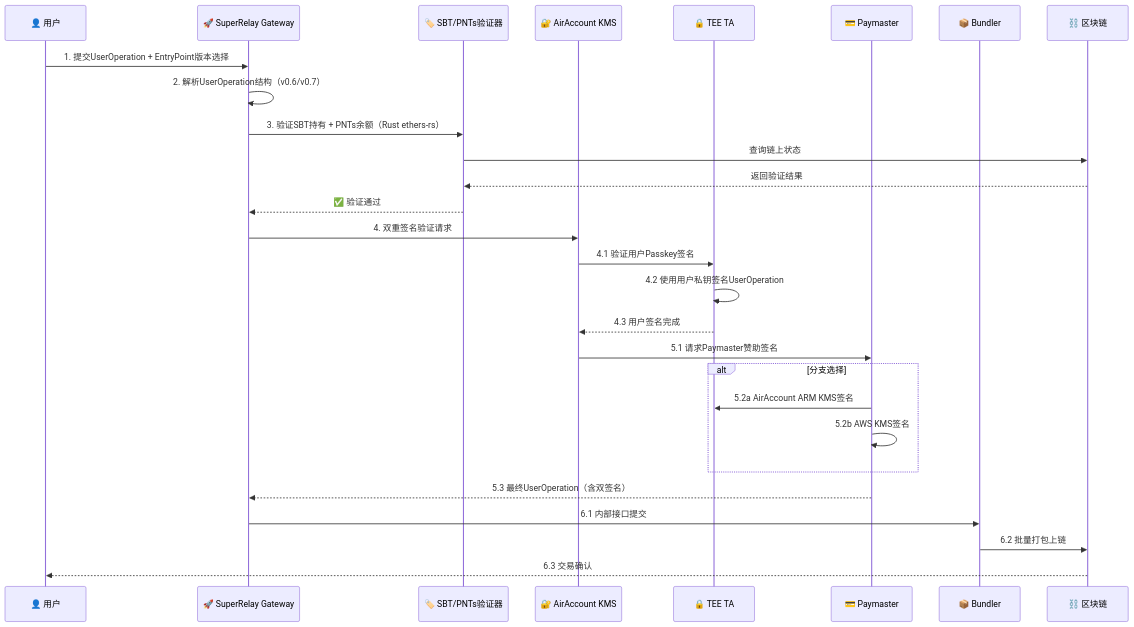
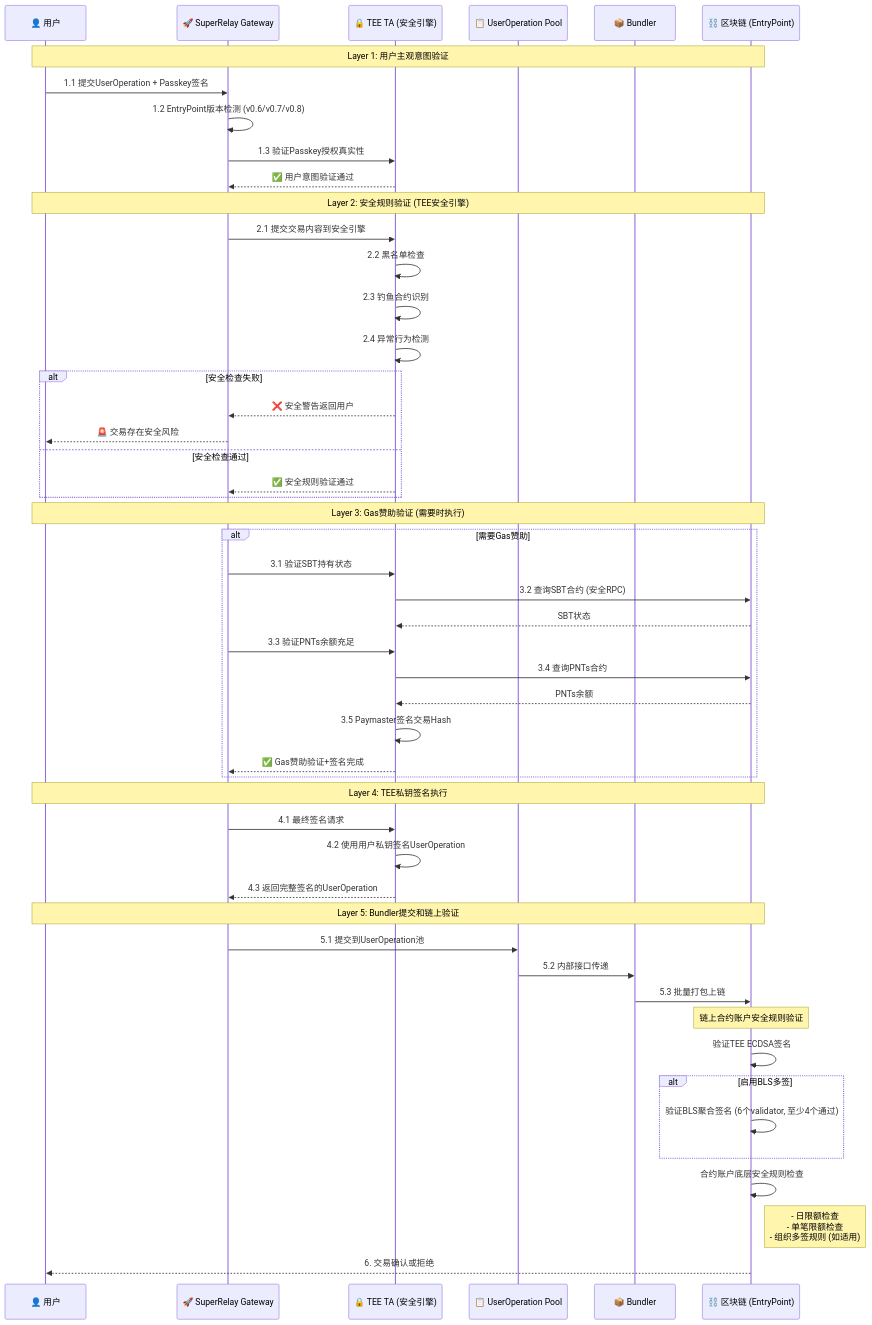
Before and after one commit to AAStarCommunity/SuperRelay: the first of 2 diagrams in docs/flow.md, drawn with Mermaid. The commit also changed other lines of this file and 25 other files, not shown here.

First line of the commit message:
feat: implement TEE Security Engine with multi-layer verification architecture

````diff
--- a/docs/flow.md
+++ b/docs/flow.md
@@ -41,35 +97,58 @@
 ```mermaid
 sequenceDiagram
     participant User as 👤 用户
-    participant SuperRelay as 🚀 SuperRelay Gateway
-    participant SBTChecker as 🏷️ SBT/PNTs验证器
-    participant AirKMS as 🔐 AirAccount KMS
-    participant TEE as 🔒 TEE TA
-    participant Paymaster as 💳 Paymaster
+    participant Gateway as 🚀 SuperRelay Gateway
+    participant TEE as 🔒 TEE TA (安全引擎)
+    participant Pool as 📋 UserOperation Pool
     participant Bundler as 📦 Bundler
-    participant Chain as ⛓️ 区块链
-    
-    User->>SuperRelay: 1. 提交UserOperation + EntryPoint版本选择
-    SuperRelay->>SuperRelay: 2. 解析UserOperation结构（v0.6/v0.7）
-    
-    SuperRelay->>SBTChecker: 3. 验证SBT持有 + PNTs余额（Rust ethers-rs）
-    SBTChecker->>Chain: 查询链上状态
-    Chain-->>SBTChecker: 返回验证结果
-    SBTChecker-->>SuperRelay: ✅ 验证通过
-    
-    SuperRelay->>AirKMS: 4. 双重签名验证请求
-    AirKMS->>TEE: 4.1 验证用户Passkey签名
+    participant Chain as ⛓️ 区块链 (EntryPoint)
+
+    Note over User,Chain: Layer 1: 用户主观意图验证
+    User->>Gateway: 1.1 提交UserOperation + Passkey签名
+    Gateway->>Gateway: 1.2 EntryPoint版本检测 (v0.6/v0.7/v0.8)
+    Gateway->>TEE: 1.3 验证Passkey授权真实性
+    TEE-->>Gateway: ✅ 用户意图验证通过
+
+    Note over User,Chain: Layer 2: 安全规则验证 (TEE安全引擎)
+    Gateway->>TEE: 2.1 提交交易内容到安全引擎
+    TEE->>TEE: 2.2 黑名单检查
+    TEE->>TEE: 2.3 钓鱼合约识别
+    TEE->>TEE: 2.4 异常行为检测
+    alt 安全检查失败
+        TEE-->>Gateway: ❌ 安全警告返回用户
+        Gateway-->>User: 🚨 交易存在安全风险
+    else 安全检查通过
+        TEE-->>Gateway: ✅ 安全规则验证通过
+    end
+
+    Note over User,Chain: Layer 3: Gas赞助验证 (需要时执行)
+    alt 需要Gas赞助
+        Gateway->>TEE: 3.1 验证SBT持有状态
+        TEE->>Chain: 3.2 查询SBT合约 (安全RPC)
+        Chain-->>TEE: SBT状态
+        Gateway->>TEE: 3.3 验证PNTs余额充足
+        TEE->>Chain: 3.4 查询PNTs合约
+        Chain-->>TEE: PNTs余额
+        TEE->>TEE: 3.5 Paymaster签名交易Hash
+        TEE-->>Gateway: ✅ Gas赞助验证+签名完成
+    end
+
+    Note over User,Chain: Layer 4: TEE私钥签名执行
+    Gateway->>TEE: 4.1 最终签名请求
     TEE->>TEE: 4.2 使用用户私钥签名UserOperation
-    TEE-->>AirKMS: 4.3 用户签名完成
-    
-    AirKMS->>Paymaster: 5.1 请求Paymaster赞助签名
-    alt 分支选择
-        Paymaster->>TEE: 5.2a AirAccount ARM KMS签名
-        Paymaster->>Paymaster: 5.2b AWS KMS签名
+    TEE-->>Gateway: 4.3 返回完整签名的UserOperation
+
+    Note over User,Chain: Layer 5: Bundler提交和链上验证
+    Gateway->>Pool: 5.1 提交到UserOperation池
+    Pool->>Bundler: 5.2 内部接口传递
+    Bundler->>Chain: 5.3 批量打包上链
+
+    Note over Chain: 链上合约账户安全规则验证
+    Chain->>Chain: 验证TEE ECDSA签名
+    alt 启用BLS多签
+        Chain->>Chain: 验证BLS聚合签名 (6个validator, 至少4个通过)
     end
-    Paymaster-->>SuperRelay: 5.3 最终UserOperation（含双签名）
-    
-    SuperRelay->>Bundler: 6.1 内部接口提交
-    Bundler->>Chain: 6.2 批量打包上链
-    Chain-->>User: 6.3 交易确认
+    Chain->>Chain: 合约账户底层安全规则检查
+    Note right of Chain: - 日限额检查<br/>- 单笔限额检查<br/>- 组织多签规则 (如适用)
+    Chain-->>User: 6. 交易确认或拒绝
 ```
````
